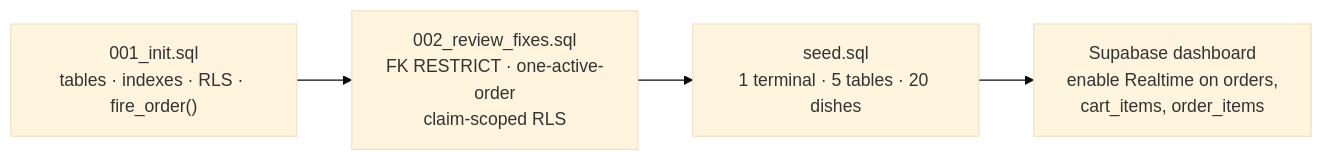
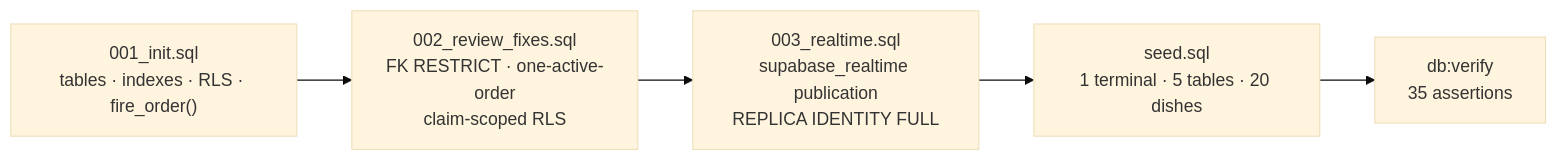
The sixth of 6 diagrams in README.md (kriti-on-git/AeyChhotu), drawn with Mermaid (base theme) before and after one commit. The commit also changed other lines of this file and 17 other files, not shown here.

````diff
--- a/README.md
+++ b/README.md
@@ -452,6 +469,7 @@
 ```mermaid
 flowchart LR
     A["001_init.sql<br/>tables · indexes · RLS · fire_order()"] --> B["002_review_fixes.sql<br/>FK RESTRICT · one-active-order<br/>claim-scoped RLS"]
-    B --> C["seed.sql<br/>1 terminal · 5 tables · 20 dishes"]
-    C --> D["Supabase dashboard<br/>enable Realtime on orders,<br/>cart_items, order_items"]
+    B --> C["003_realtime.sql<br/>supabase_realtime publication<br/>REPLICA IDENTITY FULL"]
+    C --> D["seed.sql<br/>1 terminal · 5 tables · 20 dishes"]
+    D --> E["db:verify<br/>35 assertions"]
 ```
````
